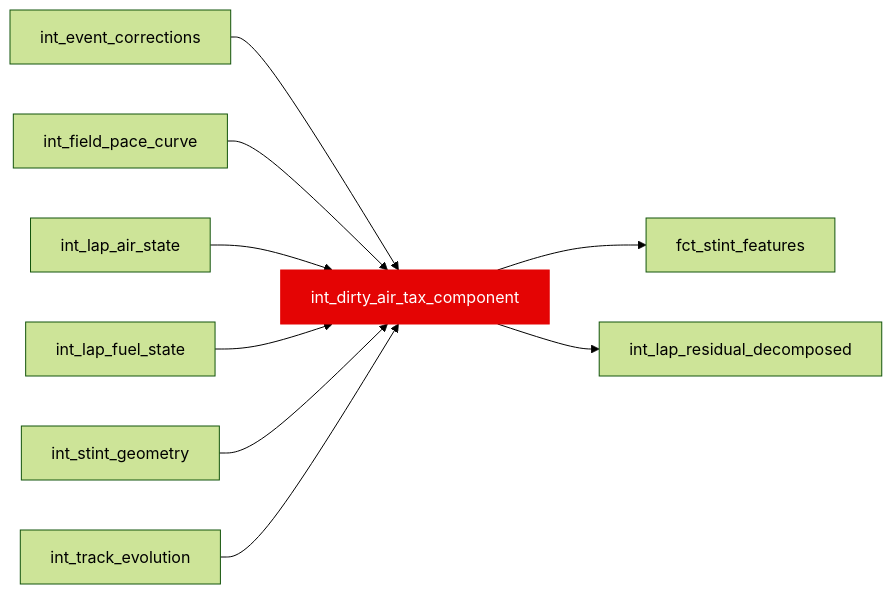
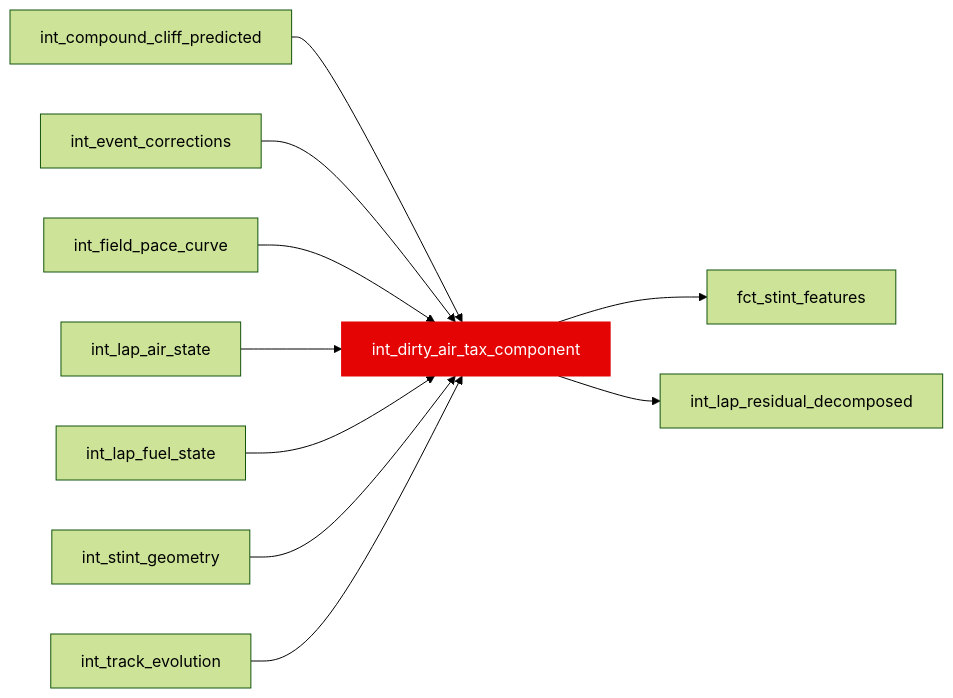
One commit to JustinClarke/off-the-pace changed the diagram in docs/reference/models/int/int_dirty_air_tax_component.mdx. Above: the diagram before and after it, drawn with Mermaid (forest theme). The commit also changed other lines of this file and 79 other files, not shown here.

````diff
--- a/docs/reference/models/int/int_dirty_air_tax_component.mdx
+++ b/docs/reference/models/int/int_dirty_air_tax_component.mdx
@@ -17,12 +17,13 @@
 ```mermaid
 flowchart LR
+  int_compound_cliff_predicted --> int_dirty_air_tax_component
   int_event_corrections --> int_dirty_air_tax_component
   int_field_pace_curve --> int_dirty_air_tax_component
   int_lap_air_state --> int_dirty_air_tax_component
   int_lap_fuel_state --> int_dirty_air_tax_component
   int_stint_geometry --> int_dirty_air_tax_component
   int_track_evolution --> int_dirty_air_tax_component
   int_dirty_air_tax_component --> fct_stint_features
   int_dirty_air_tax_component --> int_lap_residual_decomposed
   style int_dirty_air_tax_component fill:#e40404,stroke:#e40404,color:#fff
 ```
````
